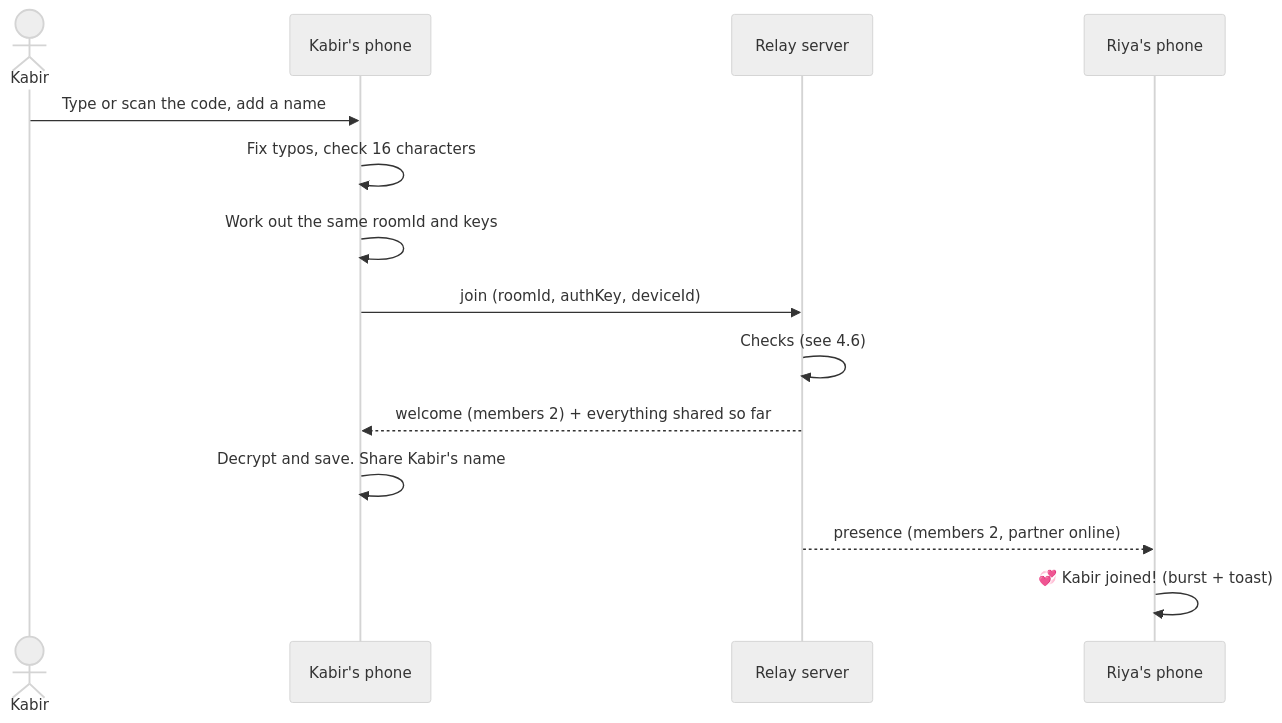
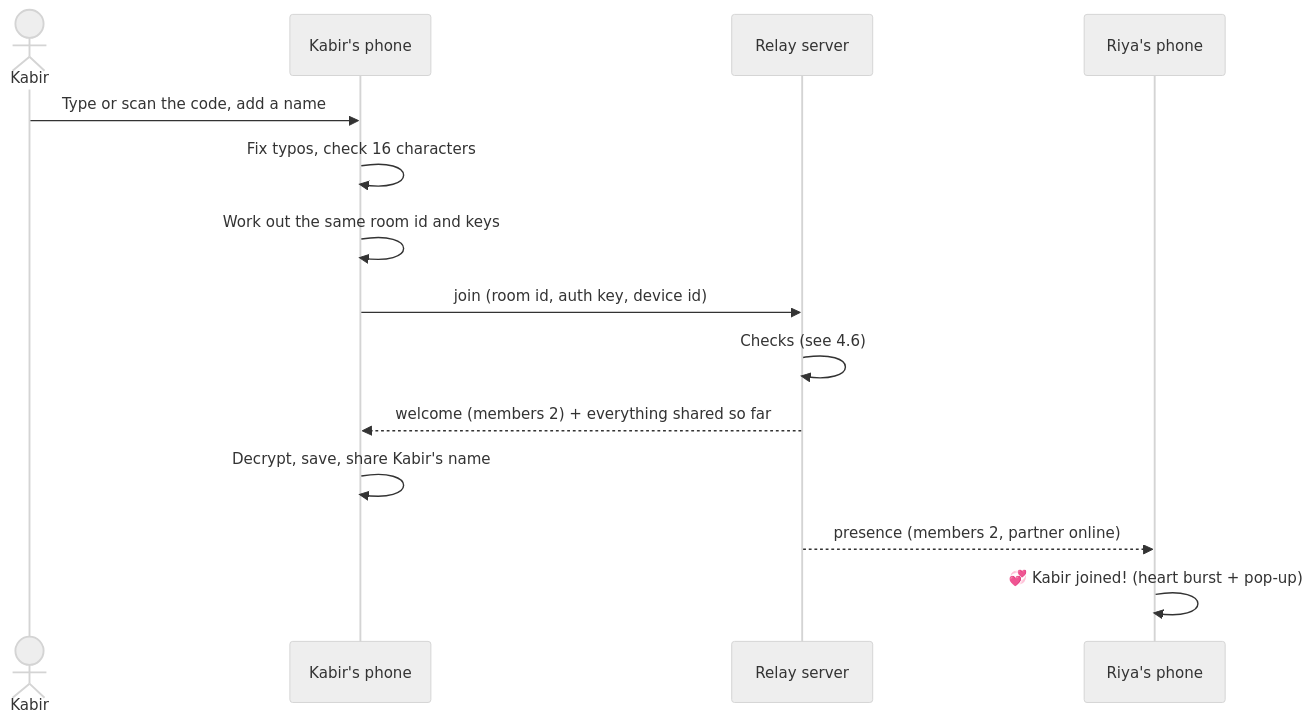
One commit to silent-coder-dev/private-space changed the third of 27 diagrams in front-end/doc/04-flowcharts.md. Above: the diagram before and after it, drawn with Mermaid (neutral theme). The commit also changed other lines of this file and 144 other files, not shown here.

````diff
--- a/front-end/doc/04-flowcharts.md
+++ b/front-end/doc/04-flowcharts.md
@@ -76,16 +69,16 @@
 ```mermaid
 sequenceDiagram
     actor Kabir
     participant App as Kabir's phone
     participant Relay as Relay server
     participant Riya as Riya's phone
     Kabir->>App: Type or scan the code, add a name
     App->>App: Fix typos, check 16 characters
-    App->>App: Work out the same roomId and keys
-    App->>Relay: join (roomId, authKey, deviceId)
+    App->>App: Work out the same room id and keys
+    App->>Relay: join (room id, auth key, device id)
     Relay->>Relay: Checks (see 4.6)
     Relay-->>App: welcome (members 2) + everything shared so far
-    App->>App: Decrypt and save. Share Kabir's name
+    App->>App: Decrypt, save, share Kabir's name
     Relay-->>Riya: presence (members 2, partner online)
-    Riya->>Riya: 💞 Kabir joined! (burst + toast)
+    Riya->>Riya: 💞 Kabir joined! (heart burst + pop-up)
 ```
````
